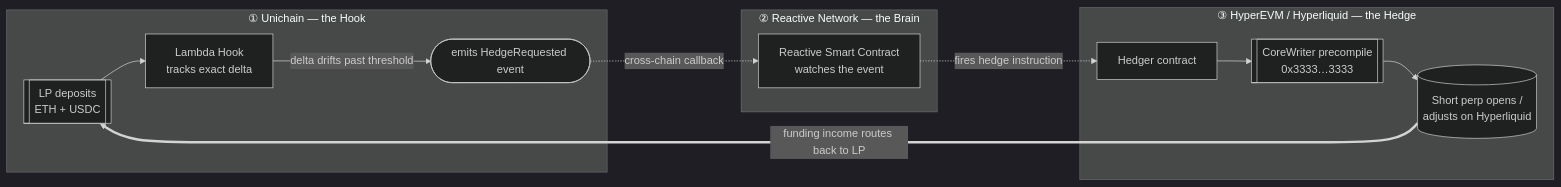
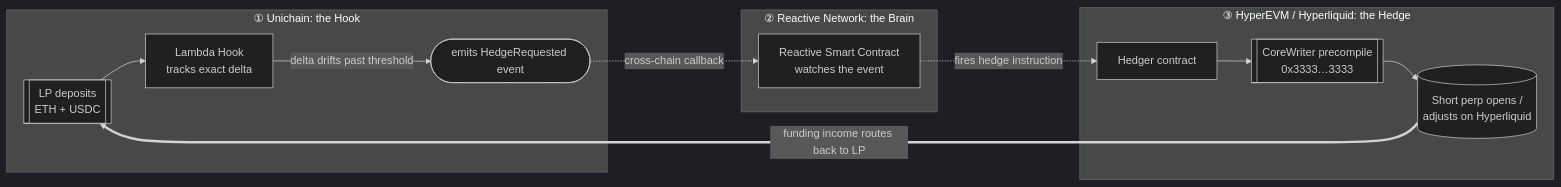
The diagram in README.md (Hijanhv/lambda-protocol), drawn with Mermaid (dark theme) before and after one commit. The commit also changed other lines of this file and 1 other file, not shown here.

````diff
--- a/README.md
+++ b/README.md
@@ -170,20 +170,20 @@
 ```mermaid
 flowchart LR
-    subgraph U["① Unichain — the Hook"]
+    subgraph U["① Unichain: the Hook"]
         LP[["LP deposits<br/>ETH + USDC"]] --> H[Lambda Hook<br/>tracks exact delta]
         H -->|delta drifts past threshold| EV([emits HedgeRequested event])
     end
 
-    subgraph R["② Reactive Network — the Brain"]
+    subgraph R["② Reactive Network: the Brain"]
         RSC[Reactive Smart Contract<br/>watches the event]
     end
 
-    subgraph X["③ HyperEVM / Hyperliquid — the Hedge"]
+    subgraph X["③ HyperEVM / Hyperliquid: the Hedge"]
         HG[Hedger contract] --> CW[[CoreWriter precompile<br/>0x3333…3333]]
         CW --> PERP[(Short perp opens /<br/>adjusts on Hyperliquid)]
     end
 
     EV -.->|cross-chain callback| RSC
     RSC -.->|fires hedge instruction| HG
     PERP ==>|funding income routes back to LP| LP
 ```
````
